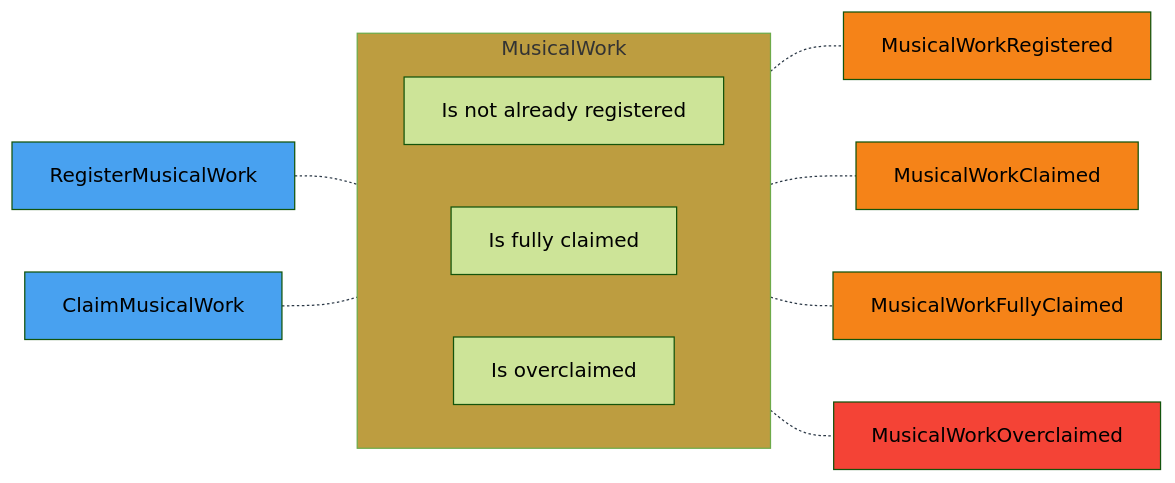
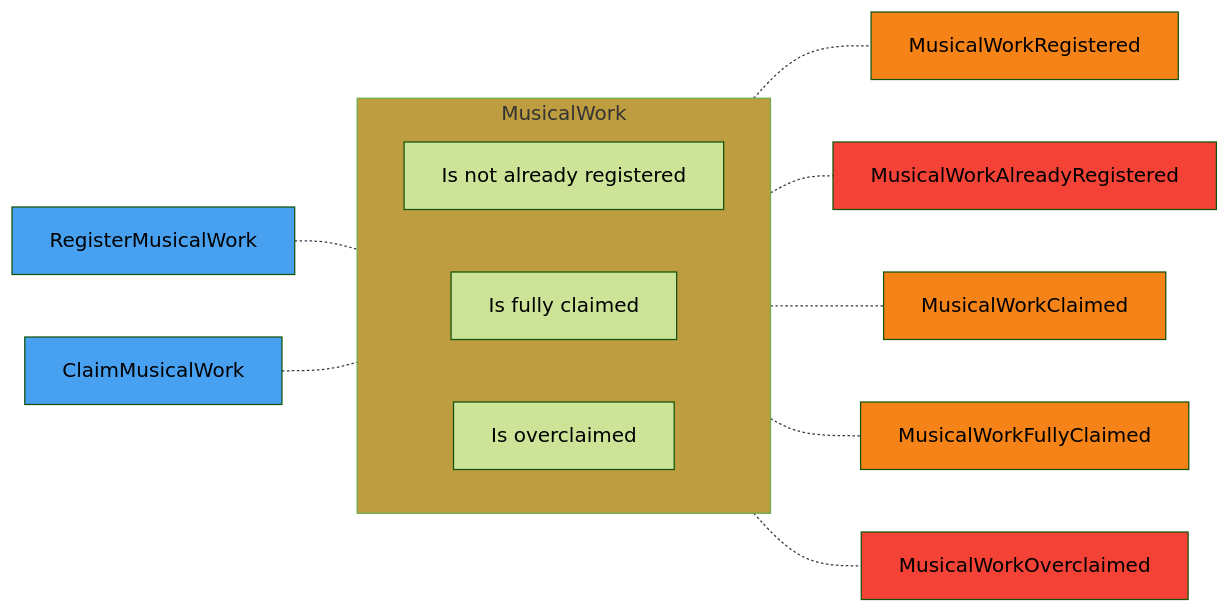
One commit to jakubiec/event-storming-to-code changed the diagram in presentations/aggregates/pages/event-storming.md. Above: the diagram before and after it, drawn with Mermaid (forest theme). The commit also changed 32 other files, not shown here.

````diff
--- a/presentations/aggregates/pages/event-storming.md
+++ b/presentations/aggregates/pages/event-storming.md
@@ -7,48 +7,52 @@
 ```mermaid
 flowchart LR
 
 RegisterMusicalWork:::command
 ClaimMusicalWork:::command
 
 MusicalWorkRegistered:::event
 MusicalWorkClaimed:::event
 MusicalWorkFullyClaimed:::event
 
 MusicalWorkOverclaimed:::error
+MusicalWorkAlreadyRegistered:::error
 
 subgraph MusicalWork[MusicalWork]
 direction LR
 
 NotRegisteredYet[Is not already registered]
 
-FulluClaimed[Is fully claimed]
+FullyClaimed[Is fully claimed]
 
 Overclaim[Is overclaimed]
 
 
 end
 
 style MusicalWork fill:#bd9d40;
 
 
 RegisterMusicalWork-.-MusicalWork
 ClaimMusicalWork-.-MusicalWork
 
 
 MusicalWork-.-MusicalWorkRegistered
+MusicalWork-.-MusicalWorkAlreadyRegistered
+
 MusicalWork-.-MusicalWorkClaimed
 MusicalWork-.-MusicalWorkFullyClaimed
 MusicalWork-.-MusicalWorkOverclaimed
 
 linkStyle 0 stroke:#2b3846,color:red;
 linkStyle 1 stroke:#2b3846,color:red;
 linkStyle 2 stroke:#2b3846,color:red;
 linkStyle 3 stroke:#2b3846,color:red;
 linkStyle 4 stroke:#2b3846,color:red;
 linkStyle 5 stroke:#2b3846,color:red;
+linkStyle 6 stroke:#2b3846,color:red;
 
 classDef event fill:#f58318;
 classDef aggregate fill:#bd9d40;
 classDef command fill:#48a1f0;
 classDef error fill:#f44336;
 ```
````
